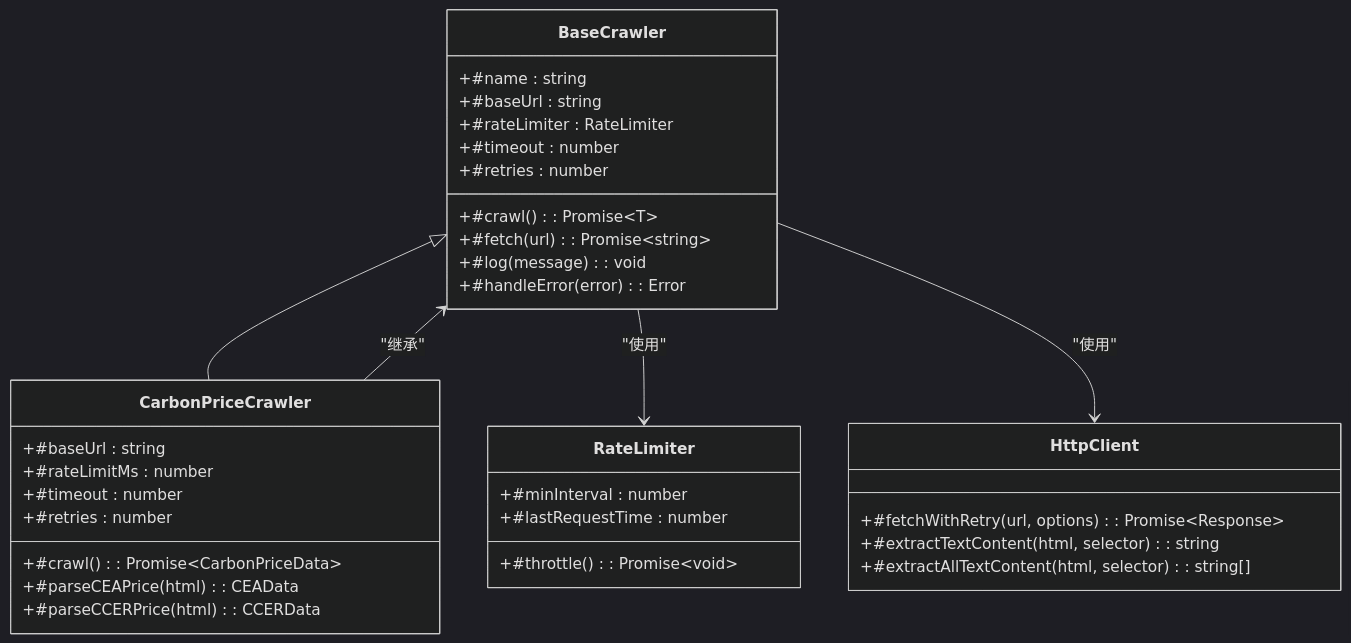
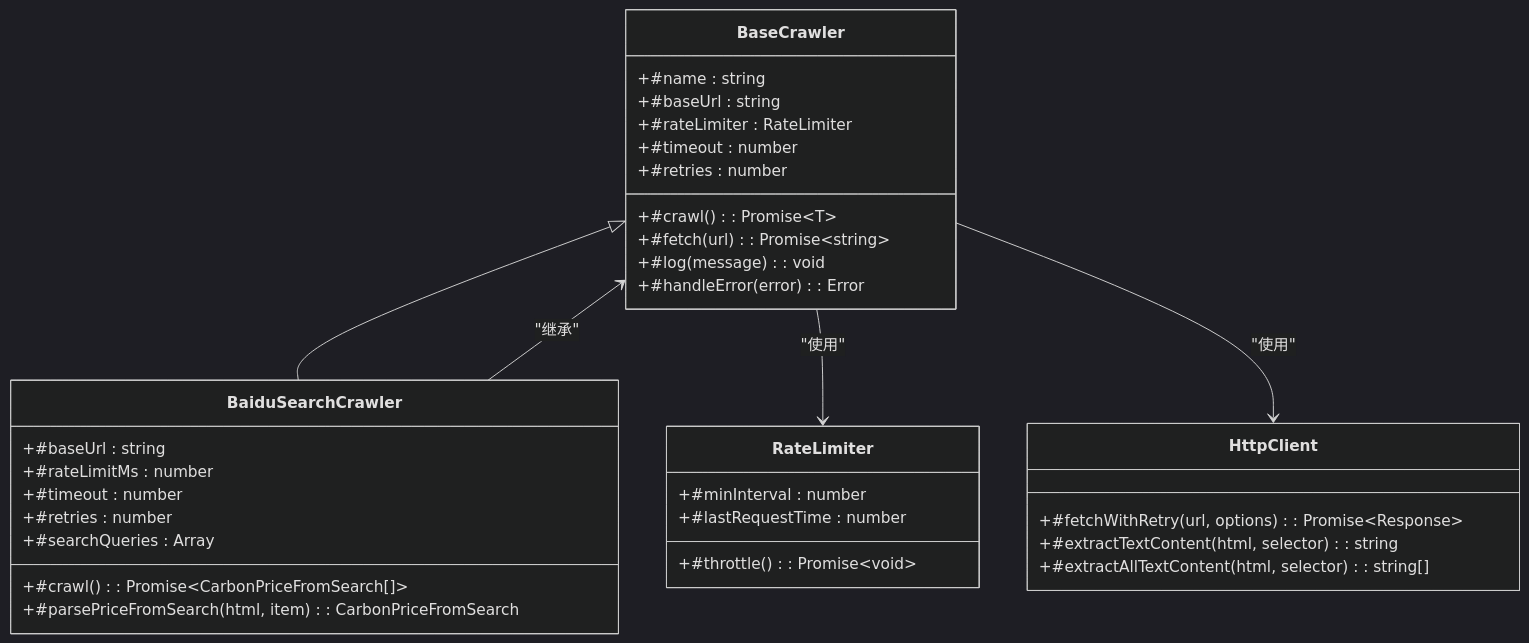
One commit to liangxuanliang-cmd/carbon-info-agent changed the ninth of 14 diagrams in .qoder/repowiki/zh/content/数据管理/价格数据管理.md. Above: the diagram before and after it, drawn with Mermaid (dark theme). The commit also changed other lines of this file and 21 other files, not shown here.

````diff
--- a/.qoder/repowiki/zh/content/数据管理/价格数据管理.md
+++ b/.qoder/repowiki/zh/content/数据管理/价格数据管理.md
@@ -436,37 +454,37 @@
 ```mermaid
 classDiagram
 class BaseCrawler {
 +#name : string
 +#baseUrl : string
 +#rateLimiter : RateLimiter
 +#timeout : number
 +#retries : number
 +#crawl() : Promise~T~
 +#fetch(url) : Promise~string~
 +#log(message) : void
 +#handleError(error) : Error
 }
-class CarbonPriceCrawler {
+class BaiduSearchCrawler {
 +#baseUrl : string
 +#rateLimitMs : number
 +#timeout : number
 +#retries : number
-+#crawl() : Promise~CarbonPriceData~
-+#parseCEAPrice(html) : CEAData
-+#parseCCERPrice(html) : CCERData
++#searchQueries : Array
++#crawl() : Promise~CarbonPriceFromSearch[]~
++#parsePriceFromSearch(html, item) : CarbonPriceFromSearch
 }
 class RateLimiter {
 +#minInterval : number
 +#lastRequestTime : number
 +#throttle() : Promise~void~
 }
 class HttpClient {
 +#fetchWithRetry(url, options) : Promise~Response~
 +#extractTextContent(html, selector) : string
 +#extractAllTextContent(html, selector) : string[]
 }
-BaseCrawler <|-- CarbonPriceCrawler
+BaseCrawler <|-- BaiduSearchCrawler
 BaseCrawler --> RateLimiter : "使用"
 BaseCrawler --> HttpClient : "使用"
-CarbonPriceCrawler --> BaseCrawler : "继承"
+BaiduSearchCrawler --> BaseCrawler : "继承"
 ```
````
